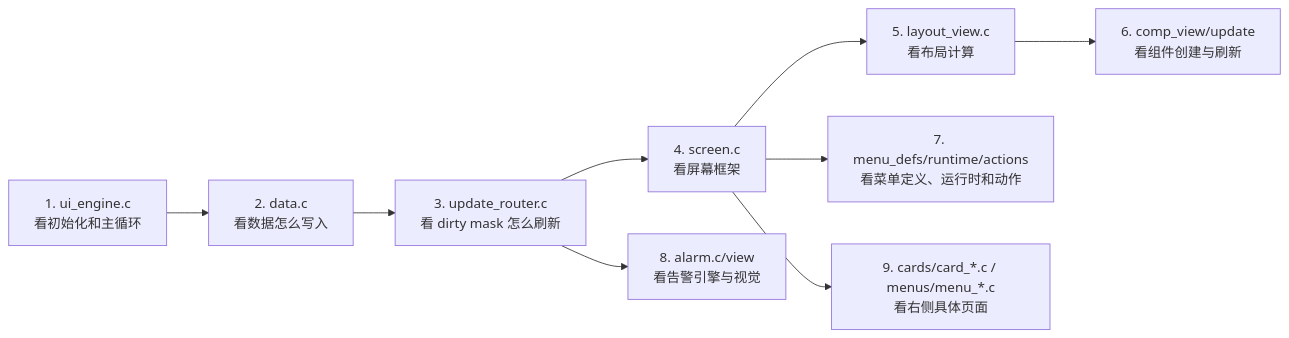
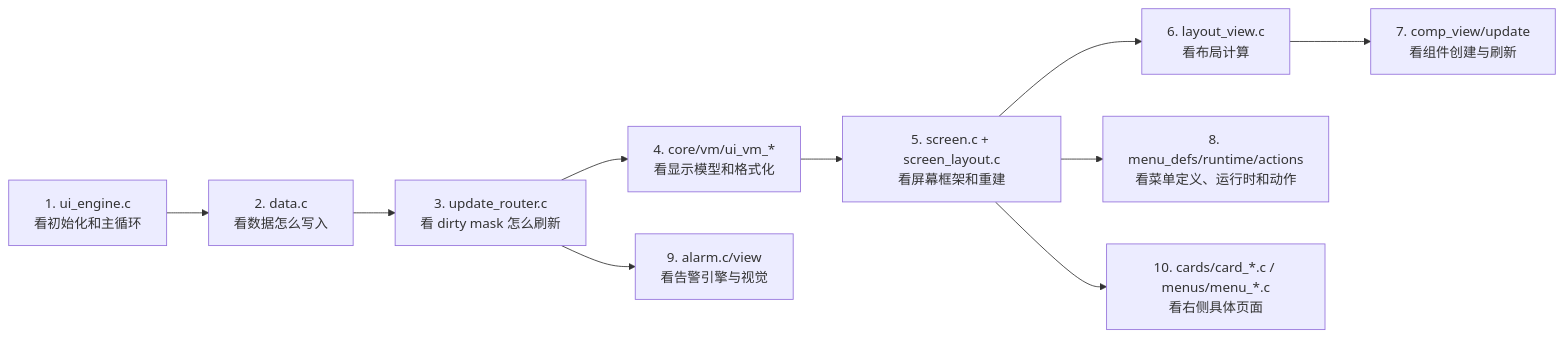
The seventh of 7 diagrams in UI_html_DOC/UI_MODULE_MAP.md (arexvision/lv_port_win_codeblocks-release-v8.3_hasGroup), drawn with Mermaid before and after one commit. The commit also changed other lines of this file and 1 other file, not shown here.

````diff
--- a/UI_html_DOC/UI_MODULE_MAP.md
+++ b/UI_html_DOC/UI_MODULE_MAP.md
@@ -230,11 +296,12 @@
 ```mermaid
 flowchart LR
     A["1. ui_engine.c<br/>看初始化和主循环"] --> B["2. data.c<br/>看数据怎么写入"]
     B --> C["3. update_router.c<br/>看 dirty mask 怎么刷新"]
-    C --> D["4. screen.c<br/>看屏幕框架"]
-    D --> E["5. layout_view.c<br/>看布局计算"]
-    E --> F["6. comp_view/update<br/>看组件创建与刷新"]
-    D --> G["7. menu_defs/runtime/actions<br/>看菜单定义、运行时和动作"]
-    C --> H["8. alarm.c/view<br/>看告警引擎与视觉"]
-    D --> I["9. cards/card_*.c / menus/menu_*.c<br/>看右侧具体页面"]
+    C --> VMRead["4. core/vm/ui_vm_*<br/>看显示模型和格式化"]
+    VMRead --> D["5. screen.c + screen_layout.c<br/>看屏幕框架和重建"]
+    D --> E["6. layout_view.c<br/>看布局计算"]
+    E --> F["7. comp_view/update<br/>看组件创建与刷新"]
+    D --> G["8. menu_defs/runtime/actions<br/>看菜单定义、运行时和动作"]
+    C --> H["9. alarm.c/view<br/>看告警引擎与视觉"]
+    D --> I["10. cards/card_*.c / menus/menu_*.c<br/>看右侧具体页面"]
 ```
````
